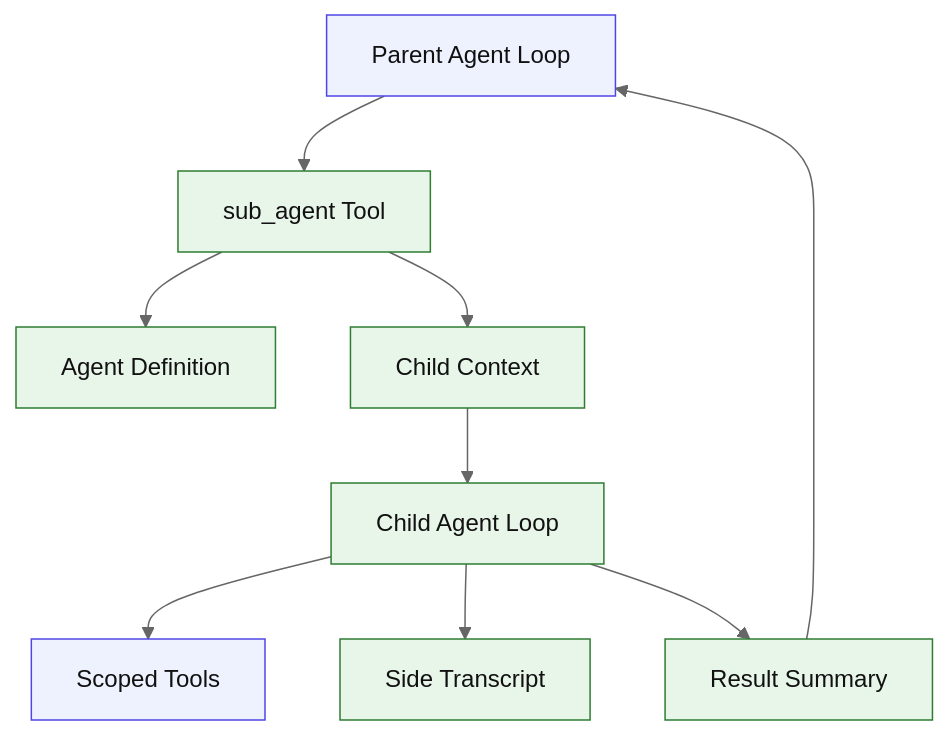
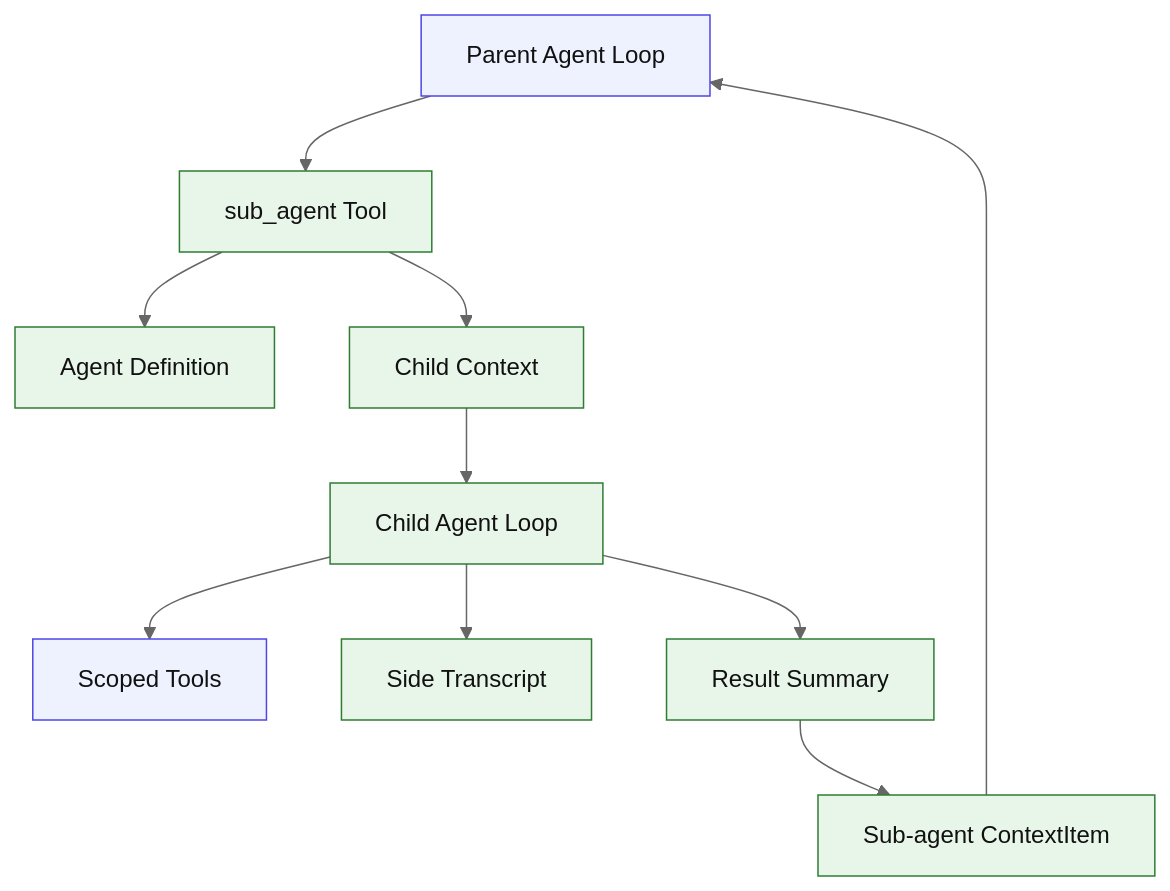
Before and after one commit to 1330482928/kai-code-agent: the diagram in code-agent-roadmap/stages/stage-11-sub-agent.md, drawn with Mermaid (neutral theme). The commit also changed other lines of this file and 41 other files, not shown here.

Commit message:
docs(roadmap): refresh staged agent roadmap

````diff
--- a/code-agent-roadmap/stages/stage-11-sub-agent.md
+++ b/code-agent-roadmap/stages/stage-11-sub-agent.md
@@ -58,16 +59,17 @@
 ```mermaid
 flowchart TB
   Parent["Parent Agent Loop"] --> Tool["sub_agent Tool"]
   Tool --> Def["Agent Definition"]
   Tool --> ChildCtx["Child Context"]
   ChildCtx --> ChildLoop["Child Agent Loop"]
   ChildLoop --> ScopedTools["Scoped Tools"]
   ChildLoop --> Side["Side Transcript"]
   ChildLoop --> Summary["Result Summary"]
-  Summary --> Parent
+  Summary --> Item["Sub-agent ContextItem"]
+  Item --> Parent
 
   classDef existing fill:#eef2ff,stroke:#4f46e5,color:#111;
   classDef new fill:#e8f5e9,stroke:#2e7d32,color:#111;
   class Parent,ScopedTools existing;
-  class Tool,Def,ChildCtx,ChildLoop,Side,Summary new;
+  class Tool,Def,ChildCtx,ChildLoop,Side,Summary,Item new;
 ```
````
